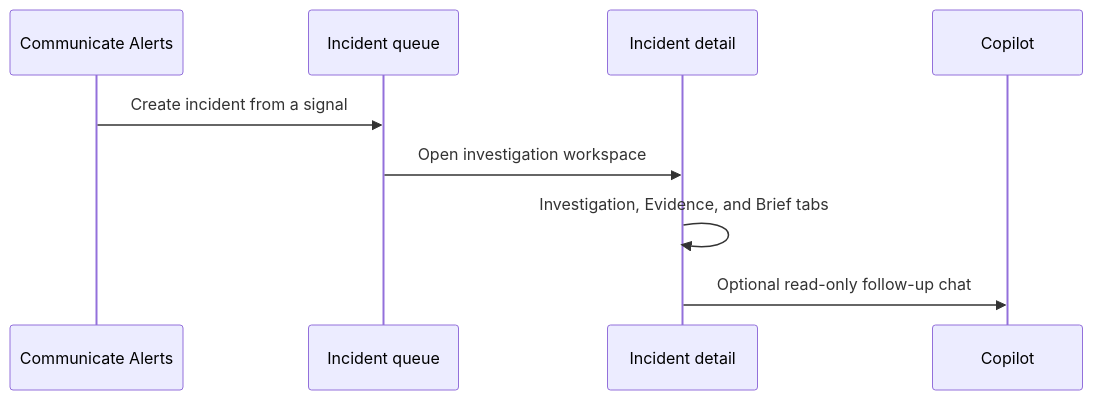
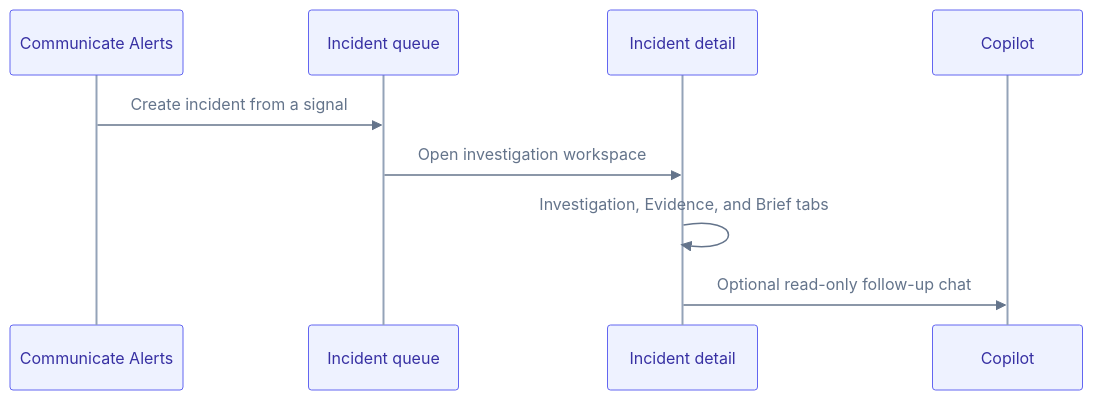
One commit to supercheck-io/supercheck changed the diagram in docs/content/docs/app/investigate/incidents.mdx. Above: the diagram before and after it, drawn with Mermaid. The commit also changed 15 other files, not shown here.

First line of the commit message:
docs: unify diagram styling and add AI SRE to architecture (#309)

````diff
--- a/docs/content/docs/app/investigate/incidents.mdx
+++ b/docs/content/docs/app/investigate/incidents.mdx
@@ -16,12 +16,13 @@
 ```mermaid
+%%{init: {"theme":"base","themeVariables":{"fontFamily":"ui-sans-serif, system-ui, -apple-system, Segoe UI, Roboto, sans-serif","primaryColor":"#eef2ff","primaryTextColor":"#3730a3","primaryBorderColor":"#6366f1","lineColor":"#94a3b8","secondaryColor":"#fffbeb","secondaryTextColor":"#92400e","secondaryBorderColor":"#f59e0b","tertiaryColor":"#ecfdf5","tertiaryTextColor":"#065f46","tertiaryBorderColor":"#10b981","clusterBkg":"#f8fafc","clusterBorder":"#cbd5e1","edgeLabelBackground":"#ffffff","actorBkg":"#eef2ff","actorBorder":"#6366f1","actorTextColor":"#3730a3","actorLineColor":"#94a3b8","signalColor":"#64748b","signalTextColor":"#64748b","labelBoxBkgColor":"#fffbeb","labelBoxBorderColor":"#f59e0b","labelTextColor":"#92400e","loopTextColor":"#64748b","activationBkgColor":"#ddd6fe","activationBorderColor":"#7c3aed","noteBkgColor":"#fef9c3","noteBorderColor":"#eab308","noteTextColor":"#713f12","textColor":"#475569","mainBkg":"#ffffff"}}}%%
 sequenceDiagram
     participant Alerts as Communicate Alerts
     participant Queue as Incident queue
     participant Detail as Incident detail
     participant Copilot as Copilot
 
     Alerts->>Queue: Create incident from a signal
     Queue->>Detail: Open investigation workspace
     Detail->>Detail: Investigation, Evidence, and Brief tabs
     Detail->>Copilot: Optional read-only follow-up chat
 ```
````
